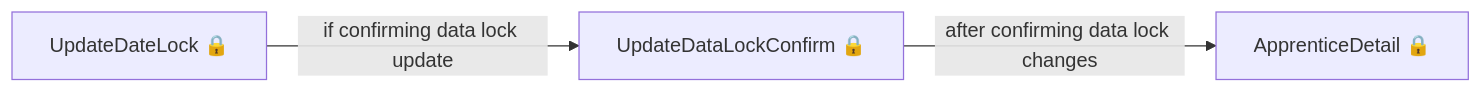
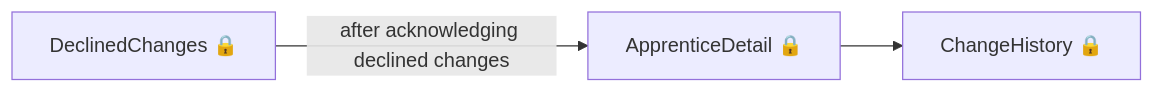
The eighth of 10 diagrams in das-providercommitments/user-journeys/user-journeys.md (talentconsulting/atlas-dfe), drawn with Mermaid before and after one commit. The commit also changed other lines of this file and 36 other files, not shown here.

````diff
--- a/das-providercommitments/user-journeys/user-journeys.md
+++ b/das-providercommitments/user-journeys/user-journeys.md
@@ -60,5 +87,5 @@
 ```mermaid
 flowchart LR
-  p0["UpdateDateLock 🔒"] -->|"if confirming data lock update"| p1["UpdateDataLockConfirm 🔒"]
-  p1["UpdateDataLockConfirm 🔒"] -->|"after confirming data lock changes"| p2["ApprenticeDetail 🔒"]
+  p0["DeclinedChanges 🔒"] -->|"after acknowledging declined changes"| p1["ApprenticeDetail 🔒"]
+  p1["ApprenticeDetail 🔒"] --> p2["ChangeHistory 🔒"]
 ```
````
